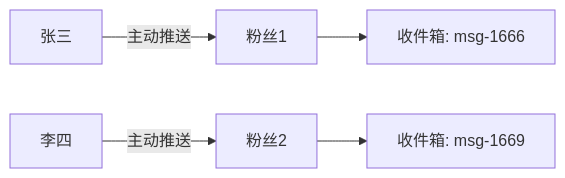
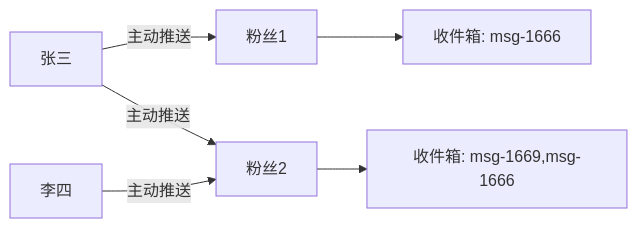
Diagram 13 of 13 in 中间件/Redis-应用.md (csliujw/CodeNotes), drawn with Mermaid before and after one commit. The commit also changed other lines of this file and 22 other files, not shown here.

````diff
--- a/中间件/Redis-应用.md
+++ b/中间件/Redis-应用.md
@@ -2132,5 +2137,6 @@
     ```mermaid
     graph LR
     张三-->|主动推送|粉丝1-->收件箱1[收件箱: msg-1666]
-    李四-->|主动推送|粉丝2-->收件箱2[收件箱: msg-1669]
+    张三-->|主动推送|粉丝2
+    李四-->|主动推送|粉丝2-->收件箱2[收件箱: msg-1669,msg-1666]
     ```
````
